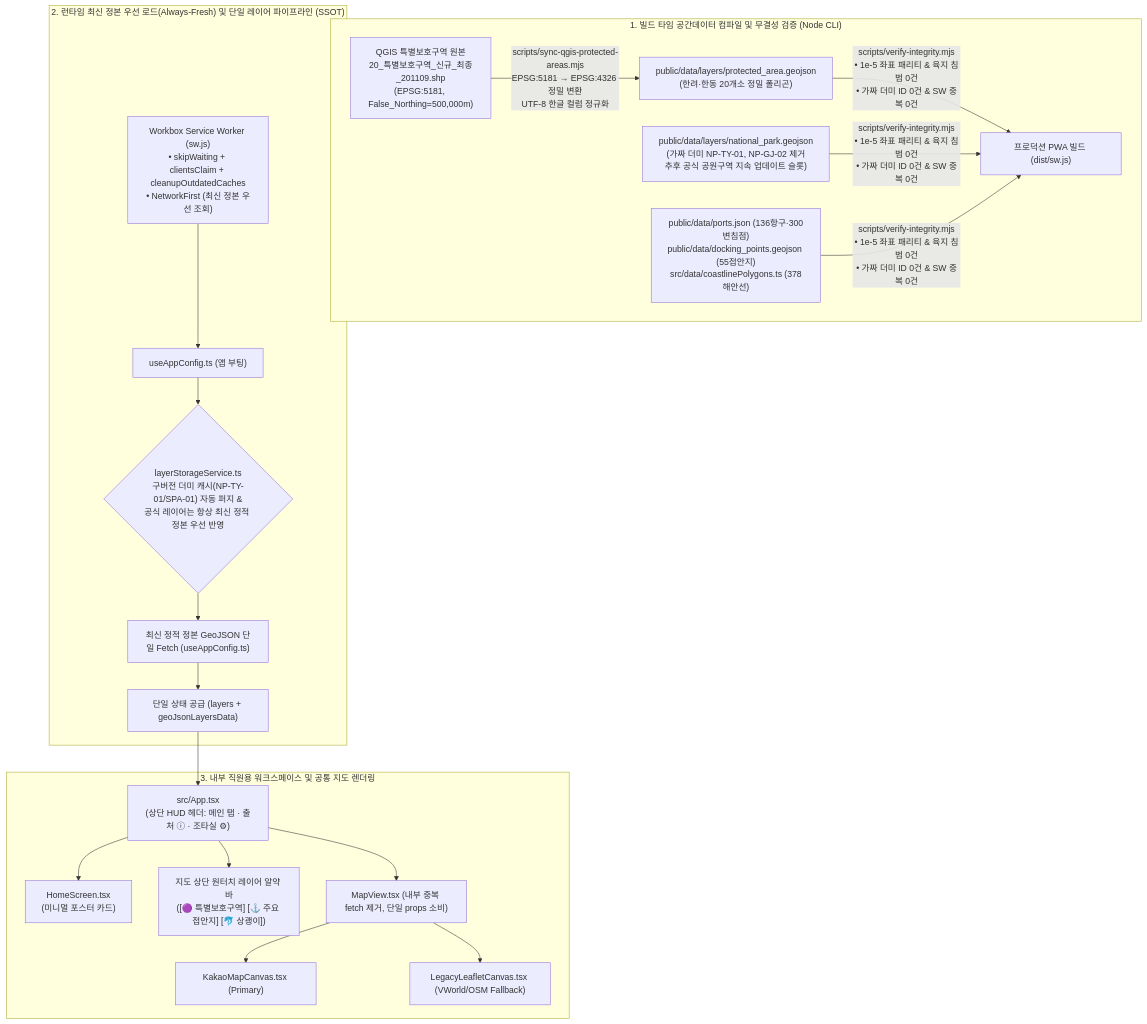
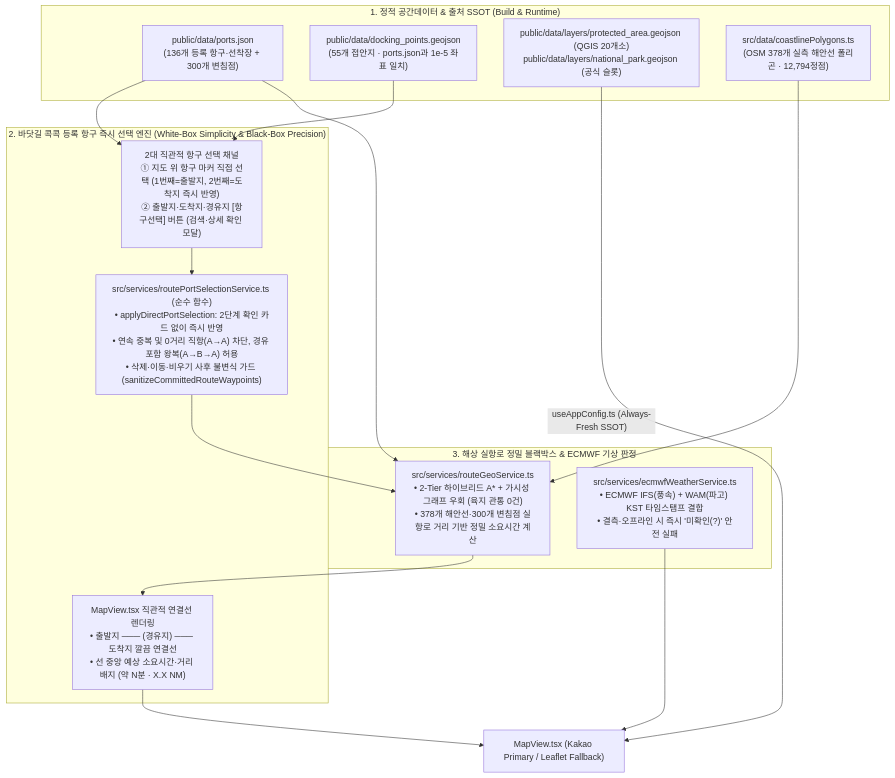
The second of 2 diagrams in docs/ARCHITECTURE_AND_DESIGN.md (gunnysis/bada-kkomkkomi), drawn with Mermaid before and after one commit. The commit also changed other lines of this file and 20 other files, not shown here.

Commit message:
feat(egm): adopt Google EGM contracts, unify 136-port route selection UX, and resolve doc-to-code drifts

````diff
--- a/docs/ARCHITECTURE_AND_DESIGN.md
+++ b/docs/ARCHITECTURE_AND_DESIGN.md
@@ -148,25 +127,26 @@
 ```mermaid
 flowchart TD
-    subgraph BuildPipeline["1. 빌드 타임 공간데이터 컴파일 및 무결성 검증 (Node CLI)"]
-        QGIS_SHP["QGIS 특별보호구역 원본<br/>20_특별보호구역_신규_최종_201109.shp<br/>(EPSG:5181, False_Northing=500,000m)"] -->|"scripts/sync-qgis-protected-areas.mjs<br/>EPSG:5181 → EPSG:4326 정밀 변환<br/>UTF-8 한글 컬럼 정규화"| PA_STATIC["public/data/layers/protected_area.geojson<br/>(한려·한동 20개소 정밀 폴리곤)"]
-        NP_STATIC["public/data/layers/national_park.geojson<br/>(가짜 더미 NP-TY-01, NP-GJ-02 제거<br/>추후 공식 공원구역 지속 업데이트 슬롯)"]
-        MARINE_DATA["public/data/ports.json (136항구·300변침점)<br/>public/data/docking_points.geojson (55접안지)<br/>src/data/coastlinePolygons.ts (378해안선)"]
-        PA_STATIC & NP_STATIC & MARINE_DATA -->|"scripts/verify-integrity.mjs<br/>• 1e-5 좌표 패리티 & 육지 침범 0건<br/>• 가짜 더미 ID 0건 & SW 중복 0건"| BUILD_OK["프로덕션 PWA 빌드 (dist/sw.js)"]
+    subgraph StaticSSOT["1. 정적 공간데이터 & 출처 SSOT (Build & Runtime)"]
+        PORTS_JSON["public/data/ports.json<br/>(136개 등록 항구·선착장 + 300개 변침점)"]
+        DOCKING_GEO["public/data/docking_points.geojson<br/>(55개 접안지 · ports.json과 1e-5 좌표 일치)"]
+        LAYERS_GEO["public/data/layers/protected_area.geojson (QGIS 20개소)<br/>public/data/layers/national_park.geojson (공식 슬롯)"]
+        COAST_TS["src/data/coastlinePolygons.ts<br/>(OSM 378개 실측 해안선 폴리곤 · 12,794정점)"]
     end
 
-    subgraph RuntimePWA["2. 런타임 최신 정본 우선 로드(Always-Fresh) 및 단일 레이어 파이프라인 (SSOT)"]
-        SW["Workbox Service Worker (sw.js)<br/>• skipWaiting + clientsClaim + cleanupOutdatedCaches<br/>• NetworkFirst (최신 정본 우선 조회)"] --> BOOT["useAppConfig.ts (앱 부팅)"]
-        BOOT --> CACHE_GUARD{"layerStorageService.ts<br/>구버전 더미 캐시(NP-TY-01/SPA-01) 자동 퍼지 &<br/>공식 레이어는 항상 최신 정적 정본 우선 반영"}
-        CACHE_GUARD --> FETCH_SSOT["최신 정적 정본 GeoJSON 단일 Fetch (useAppConfig.ts)"]
-        FETCH_SSOT --> STATE_SSOT["단일 상태 공급 (layers + geoJsonLayersData)"]
+    subgraph SelectionEngine["2. 바닷길 콕콕 등록 항구 즉시 선택 엔진 (White-Box Simplicity & Black-Box Precision)"]
+        INPUT_CHANNELS["2대 직관적 항구 선택 채널<br/>① 지도 위 항구 마커 직접 선택 (1번째=출발지, 2번째=도착지 즉시 반영)<br/>② 출발지·도착지·경유지 [항구선택] 버튼 (검색·상세 확인 모달)"]
+        PORT_SERVICE["src/services/routePortSelectionService.ts (순수 함수)<br/>• applyDirectPortSelection: 2단계 확인 카드 없이 즉시 반영<br/>• 연속 중복 및 0거리 직항(A→A) 차단, 경유 포함 왕복(A→B→A) 허용<br/>• 삭제·이동·비우기 사후 불변식 가드 (sanitizeCommittedRouteWaypoints)"]
+        CLEAN_LINE["MapView.tsx 직관적 연결선 렌더링<br/>• 출발지 ─── (경유지) ─── 도착지 깔끔 연결선<br/>• 선 중앙 예상 소요시간·거리 배지 (약 N분 · X.X NM)"]
     end
 
-    subgraph UIWorkspace["3. 내부 직원용 워크스페이스 및 공통 지도 렌더링"]
-        STATE_SSOT --> APP["src/App.tsx<br/>(상단 HUD 헤더: 메인 탭 · 출처 ⓘ · 조타실 ⚙)"]
-        APP --> HOME["HomeScreen.tsx<br/>(미니멀 포스터 카드)"]
-        APP --> PILL["지도 상단 원터치 레이어 알약 바<br/>([🟣 특별보호구역] [⚓ 주요 접안지] [🐬 상괭이])"]
-        APP --> MAPVIEW["MapView.tsx (내부 중복 fetch 제거, 단일 props 소비)"]
-        MAPVIEW --> KAKAO["KakaoMapCanvas.tsx (Primary)"]
-        MAPVIEW --> LEAFLET["LegacyLeafletCanvas.tsx (VWorld/OSM Fallback)"]
+    subgraph RouteAndWeather["3. 해상 실항로 정밀 블랙박스 & ECMWF 기상 판정"]
+        ROUTE_GEO["src/services/routeGeoService.ts<br/>• 2-Tier 하이브리드 A* + 가시성 그래프 우회 (육지 관통 0건)<br/>• 378개 해안선·300개 변침점 실항로 거리 기반 정밀 소요시간 계산"]
+        WEATHER_SVC["src/services/ecmwfWeatherService.ts<br/>• ECMWF IFS(풍속) + WAM(파고) KST 타임스탬프 결합<br/>• 결측·오프라인 시 즉시 '미확인(?)' 안전 실패"]
     end
+
+    PORTS_JSON & DOCKING_GEO --> INPUT_CHANNELS --> PORT_SERVICE --> ROUTE_GEO
+    COAST_TS & PORTS_JSON --> ROUTE_GEO
+    ROUTE_GEO --> CLEAN_LINE --> MAP_RENDER["MapView.tsx (Kakao Primary / Leaflet Fallback)"]
+    LAYERS_GEO -->|"useAppConfig.ts (Always-Fresh SSOT)"| MAP_RENDER
+    WEATHER_SVC --> MAP_RENDER
 ```
````
